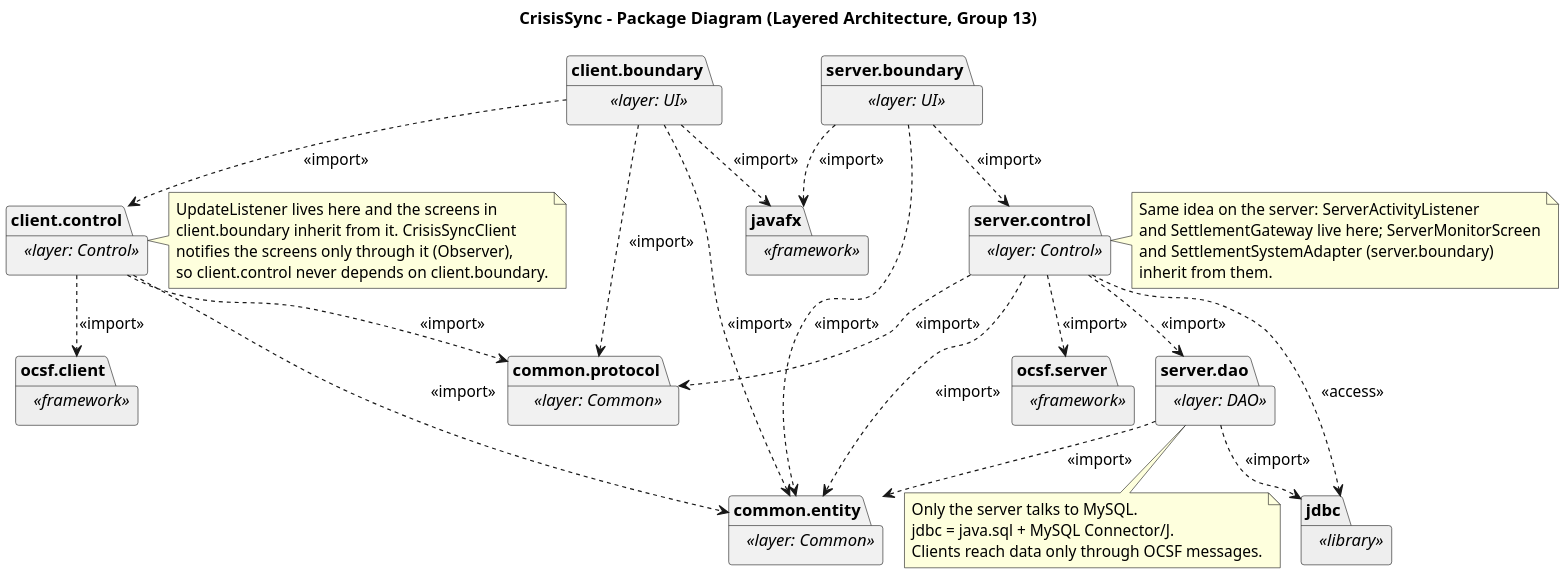
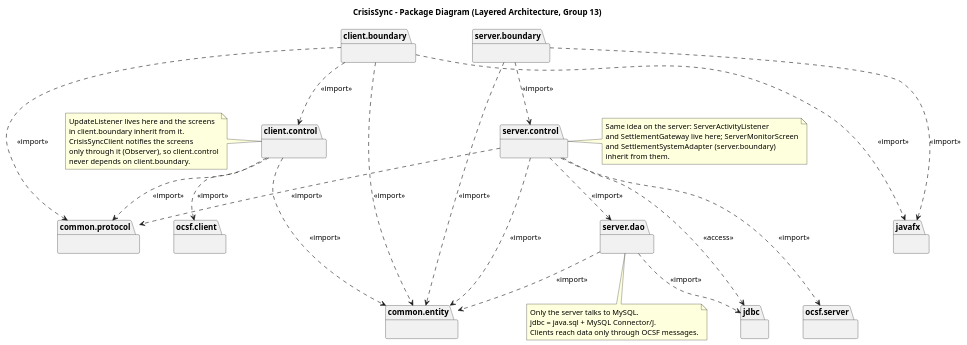
Before and after one commit to liorshor27/Mid-Project-CrisisSync: the diagram in diagrams/G13_PackageDiagram.puml, drawn with PlantUML. The commit also changed 2 other files, not shown here.

Commit message:
update package diagram

```diff
--- a/diagrams/G13_PackageDiagram.puml
+++ b/diagrams/G13_PackageDiagram.puml
@@ -1,88 +1,94 @@
 @startuml G13_PackageDiagram
 ' CrisisSync - Package Diagram (Group 13)
+' Matches the Package Diagram in G13_Assignment2.vpp.
 ' Aligned with diagrams/ECB_Class_Diagram.puml (every class belongs to exactly one package).
-!pragma layout smetana
+title CrisisSync - Package Diagram (Layered Architecture, Group 13)
+set separator none
 top to bottom direction
-title CrisisSync - Package Diagram (Layered Architecture, Group 13)
-
 skinparam packageStyle folder
 skinparam shadowing false
-skinparam dpi 200
 skinparam defaultFontName Arial
-skinparam nodesep 40
-skinparam ranksep 60
+skinparam nodesep 60
+skinparam ranksep 70
 
-' ---------- UI layer ----------
-package "client.boundary" as CB <<layer: UI>> {
+' ---------- Row 1: UI layer ----------
+package client.boundary {
 }
-package "server.boundary" as SB <<layer: UI>> {
+package server.boundary {
 }
 
-' ---------- Control layer ----------
-package "client.control" as CC <<layer: Control>> {
+' ---------- Row 2: Control layer, then Common below it ----------
+package client.control {
 }
-package "server.control" as SC <<layer: Control>> {
+package common.protocol {
+}
+package common.entity {
+}
+package server.control {
 }
 
-' ---------- DAO layer (server only) ----------
-package "server.dao" as SD <<layer: DAO>> {
+' ---------- Row 3: DAO layer (server only) ----------
+package server.dao {
 }
 
-' ---------- Common layer (packed into both JARs) ----------
-package "common.protocol" as CP <<layer: Common>> {
+' ---------- Row 4: Infrastructure (external) ----------
+package ocsf.client {
 }
-package "common.entity" as CE <<layer: Common>> {
+package javafx {
 }
-
-' ---------- Infrastructure (external) ----------
-package "javafx" as FX <<framework>> #EEEEEE {
+package jdbc {
 }
-package "ocsf.client" as OC <<framework>> #EEEEEE {
-}
-package "ocsf.server" as OS <<framework>> #EEEEEE {
-}
-package "jdbc" as JD <<library>> #EEEEEE {
+package ocsf.server {
 }
 
 ' ---------- Dependencies (all point downward: no cycles) ----------
 ' Client side
-CB ..> CC : <<import>>
-CB ..> CP : <<import>>
-CB ..> CE : <<import>>
-CB ..> FX : <<import>>
-CC ..> CP : <<import>>
-CC ..> CE : <<import>>
-CC ..> OC : <<import>>
+client.boundary ..> client.control : <<import>>
+client.boundary ..> common.protocol : <<import>>
+client.boundary ..> common.entity : <<import>>
+client.boundary ..> javafx : <<import>>
+client.control ..> common.protocol : <<import>>
+client.control ..> common.entity : <<import>>
+client.control ..> ocsf.client : <<import>>
 
 ' Server side
-SB ..> SC : <<import>>
-SB ..> CE : <<import>>
-SB ..> FX : <<import>>
-SC ..> SD : <<import>>
-SC ..> CP : <<import>>
-SC ..> CE : <<import>>
-SC ..> OS : <<import>>
-SC ..> JD : <<access>>
-SD ..> CE : <<import>>
-SD ..> JD : <<import>>
+server.boundary ..> server.control : <<import>>
+server.boundary ..> common.entity : <<import>>
+server.boundary ..> javafx : <<import>>
+server.control ..> server.dao : <<import>>
+server.control ..> common.protocol : <<import>>
+server.control ..> common.entity : <<import>>
+server.control ..> ocsf.server : <<import>>
+server.control ..> jdbc : <<access>>
+server.dao ..> common.entity : <<import>>
+server.dao ..> jdbc : <<import>>
 
-note right of CC
-  UpdateListener lives here and the screens in
-  client.boundary inherit from it. CrisisSyncClient
-  notifies the screens only through it (Observer),
-  so client.control never depends on client.boundary.
+' ---------- Layout only (invisible): keep the rows in left-to-right order ----------
+client.boundary -[hidden]right-> server.boundary
+client.control -[hidden]right-> server.control
+common.protocol -[hidden]right-> common.entity
+ocsf.client -[hidden]right-> javafx
+javafx -[hidden]right-> jdbc
+jdbc -[hidden]right-> ocsf.server
+
+note left of client.control
+  UpdateListener lives here and the screens
+  in client.boundary inherit from it.
+  CrisisSyncClient notifies the screens
+  only through it (Observer), so client.control
+  never depends on client.boundary.
 end note
 
-note right of SC
+note right of server.control
   Same idea on the server: ServerActivityListener
   and SettlementGateway live here; ServerMonitorScreen
   and SettlementSystemAdapter (server.boundary)
   inherit from them.
 end note
 
-note bottom of SD
+note bottom of server.dao
   Only the server talks to MySQL.
   jdbc = java.sql + MySQL Connector/J.
   Clients reach data only through OCSF messages.
 end note
 @enduml
```
